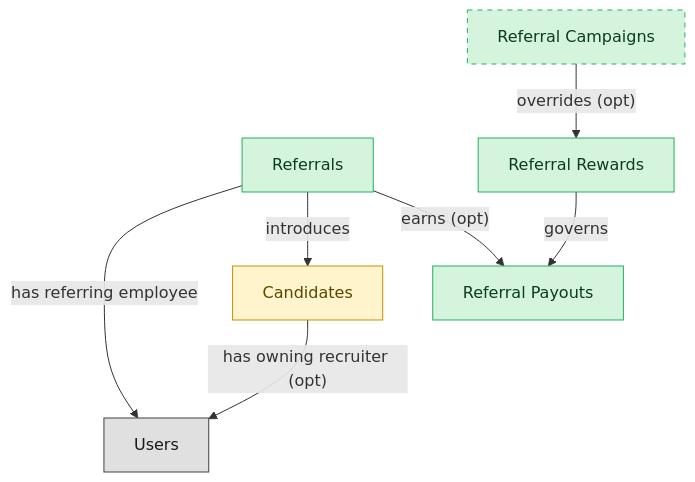
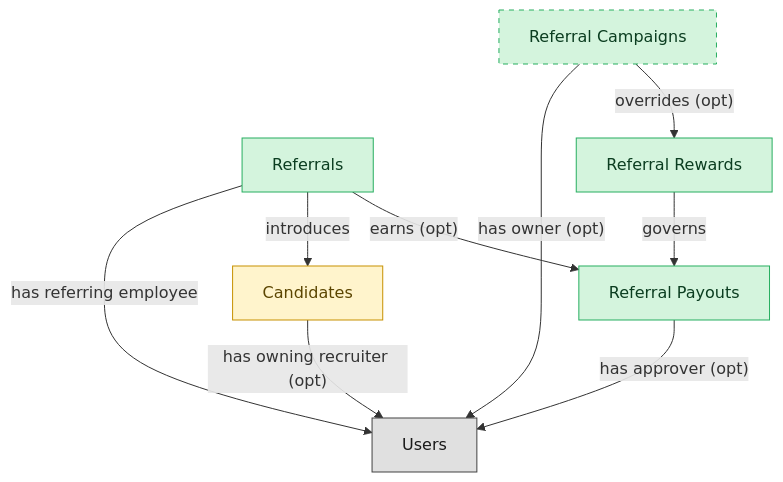
One commit to IntranetFactory/domain-map changed the diagram in catalog/blueprints/ats-referrals-semantic-blueprint.md. Above: the diagram before and after it, drawn with Mermaid. The commit also changed other lines of this file and 19 other files, not shown here.

````diff
--- a/catalog/blueprints/ats-referrals-semantic-blueprint.md
+++ b/catalog/blueprints/ats-referrals-semantic-blueprint.md
@@ -32,25 +34,27 @@
 ```mermaid
 flowchart TD
   classDef master fill:#d4f4dd,stroke:#27ae60,color:#0b3d20;
   classDef embedded_master fill:#fff4cc,stroke:#c79100,color:#5b4500;
   classDef platform_builtin fill:#e0e0e0,stroke:#424242,color:#1a1a1a;
   candidate_referrals["Referrals"]
   candidates["Candidates"]
   referral_rewards["Referral Rewards"]
   referral_payouts["Referral Payouts"]
   referral_campaigns["Referral Campaigns"]
   users["Users"]
   candidate_referrals -->|"earns (opt)"| referral_payouts
   referral_rewards -->|"governs"| referral_payouts
   referral_campaigns -->|"overrides (opt)"| referral_rewards
   candidate_referrals -->|"introduces"| candidates
   candidates -->|"has owning recruiter (opt)"| users
+  referral_payouts -->|"has approver (opt)"| users
+  referral_campaigns -->|"has owner (opt)"| users
   candidate_referrals -->|"has referring employee"| users
   class candidate_referrals master;
   class candidates embedded_master;
   class referral_rewards master;
   class referral_payouts master;
   class referral_campaigns master;
   class users platform_builtin;
   style referral_campaigns stroke-dasharray:5 5;
 ```
````
